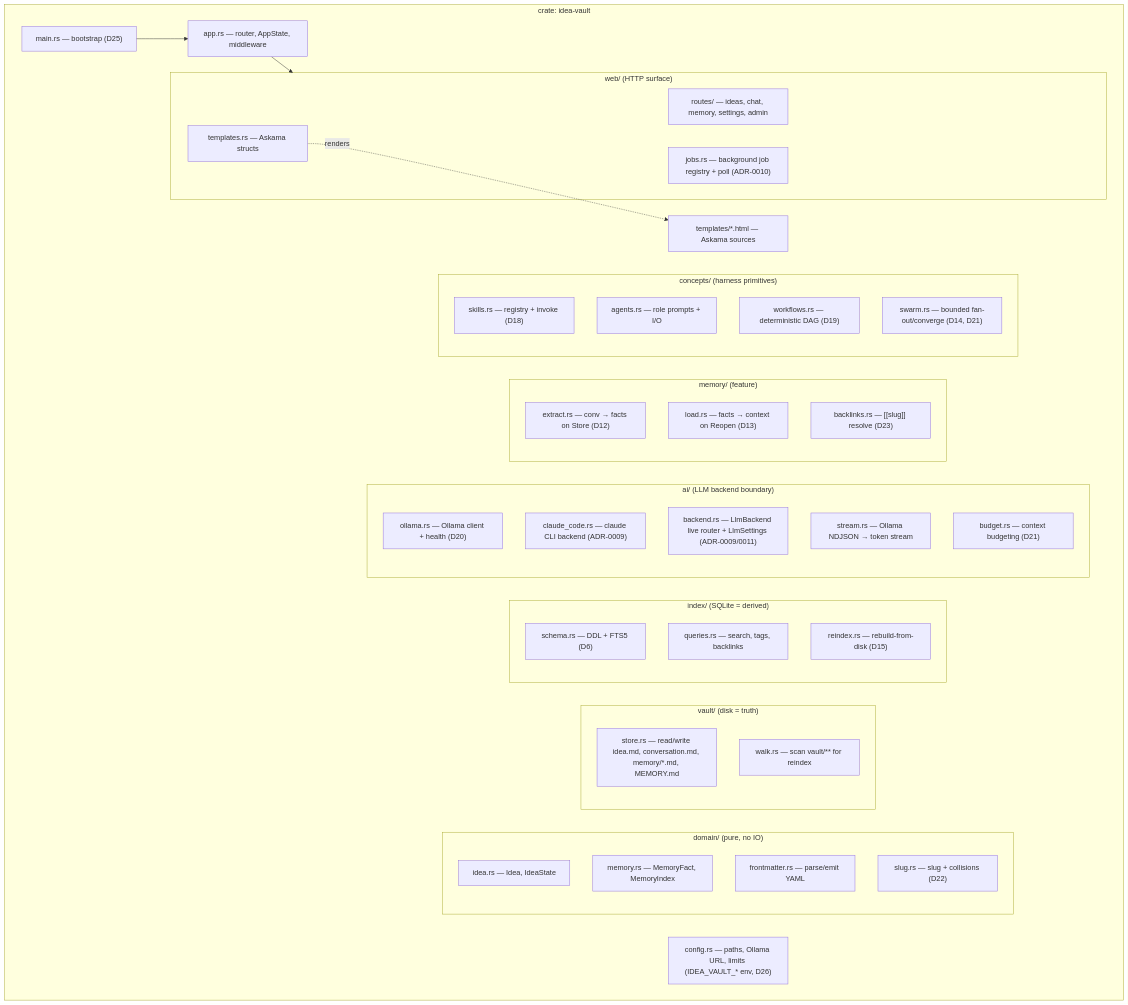
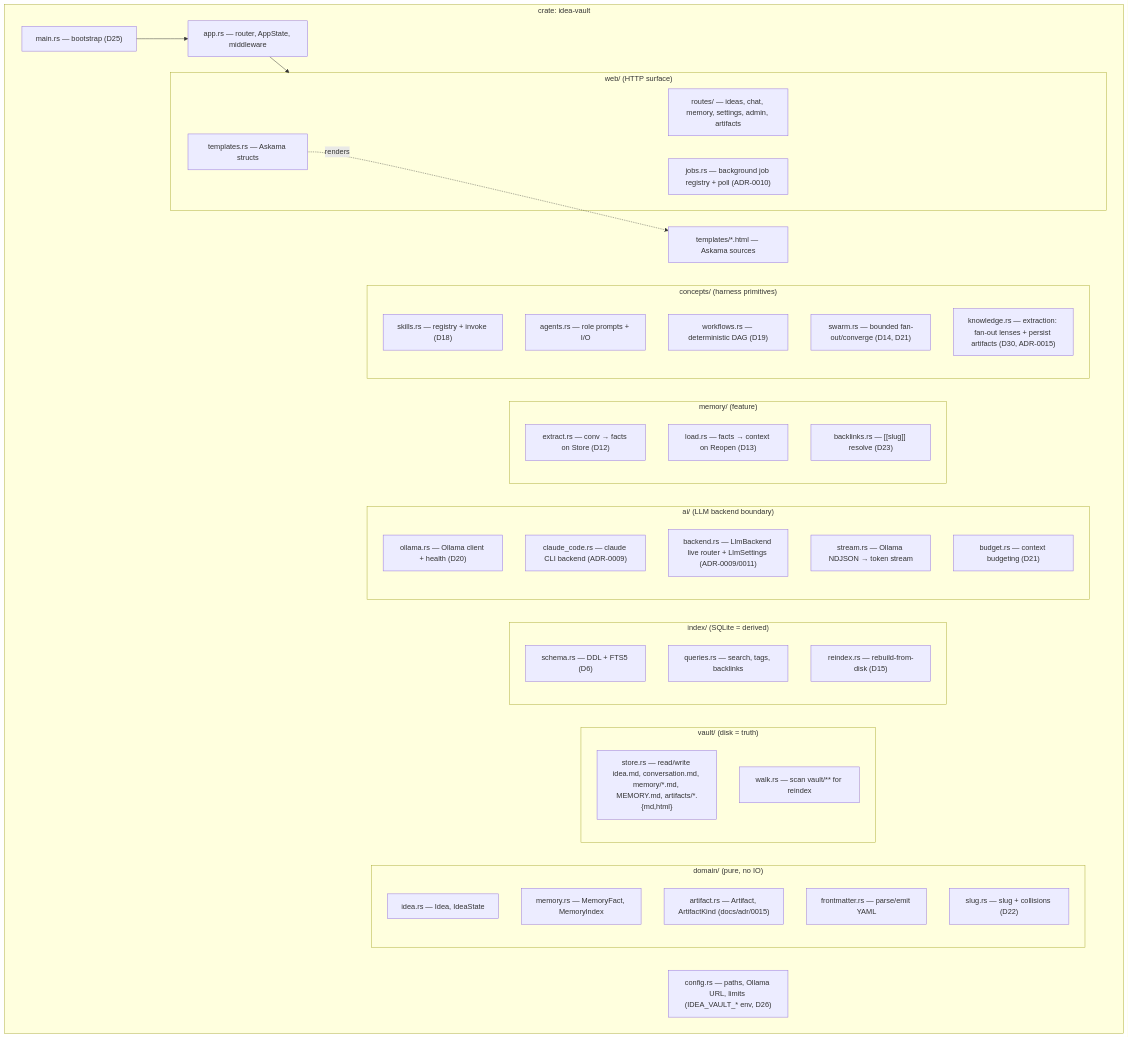
The first of 2 diagrams in docs/02-module-reference.md (jasdian/idea-vault), drawn with Mermaid before and after one commit. The commit also changed other lines of this file and 35 other files, not shown here.

````diff
--- a/docs/02-module-reference.md
+++ b/docs/02-module-reference.md
@@ -13,58 +13,60 @@
 ```mermaid
 flowchart TB
     subgraph crate["crate: idea-vault"]
         MAIN["main.rs — bootstrap (D25)"]
         APP["app.rs — router, AppState, middleware"]
         CFG["config.rs — paths, Ollama URL, limits (IDEA_VAULT_* env, D26)"]
 
         subgraph domain["domain/ (pure, no IO)"]
             D_IDEA["idea.rs — Idea, IdeaState"]
             D_MEM["memory.rs — MemoryFact, MemoryIndex"]
+            D_ART["artifact.rs — Artifact, ArtifactKind (docs/adr/0015)"]
             D_FM["frontmatter.rs — parse/emit YAML"]
             D_SLUG["slug.rs — slug + collisions (D22)"]
         end
 
         subgraph vault["vault/ (disk = truth)"]
-            V_STORE["store.rs — read/write idea.md, conversation.md, memory/*.md, MEMORY.md"]
+            V_STORE["store.rs — read/write idea.md, conversation.md, memory/*.md, MEMORY.md, artifacts/*.{md,html}"]
             V_WALK["walk.rs — scan vault/** for reindex"]
         end
 
         subgraph index["index/ (SQLite = derived)"]
             I_SCHEMA["schema.rs — DDL + FTS5 (D6)"]
             I_QUERY["queries.rs — search, tags, backlinks"]
             I_REIDX["reindex.rs — rebuild-from-disk (D15)"]
         end
 
         subgraph ai["ai/ (LLM backend boundary)"]
             A_OLL["ollama.rs — Ollama client + health (D20)"]
             A_CC["claude_code.rs — claude CLI backend (ADR-0009)"]
             A_BK["backend.rs — LlmBackend live router + LlmSettings (ADR-0009/0011)"]
             A_STREAM["stream.rs — Ollama NDJSON → token stream"]
             A_BUDGET["budget.rs — context budgeting (D21)"]
         end
 
         subgraph memory["memory/ (feature)"]
             M_EXTRACT["extract.rs — conv → facts on Store (D12)"]
             M_LOAD["load.rs — facts → context on Reopen (D13)"]
             M_BACK["backlinks.rs — [[slug]] resolve (D23)"]
         end
 
         subgraph concepts["concepts/ (harness primitives)"]
             C_SKILL["skills.rs — registry + invoke (D18)"]
             C_AGENT["agents.rs — role prompts + I/O"]
             C_WF["workflows.rs — deterministic DAG (D19)"]
             C_SWARM["swarm.rs — bounded fan-out/converge (D14, D21)"]
+            C_KNOW["knowledge.rs — extraction: fan-out lenses + persist artifacts (D30, ADR-0015)"]
         end
 
         subgraph web["web/ (HTTP surface)"]
-            W_ROUTES["routes/ — ideas, chat, memory, settings, admin"]
+            W_ROUTES["routes/ — ideas, chat, memory, settings, admin, artifacts"]
             W_JOBS["jobs.rs — background job registry + poll (ADR-0010)"]
             W_TMPL["templates.rs — Askama structs"]
         end
 
         TEMPLATES["templates/*.html — Askama sources"]
     end
 
     MAIN --> APP --> web
     W_TMPL -.renders.-> TEMPLATES
 ```
````
